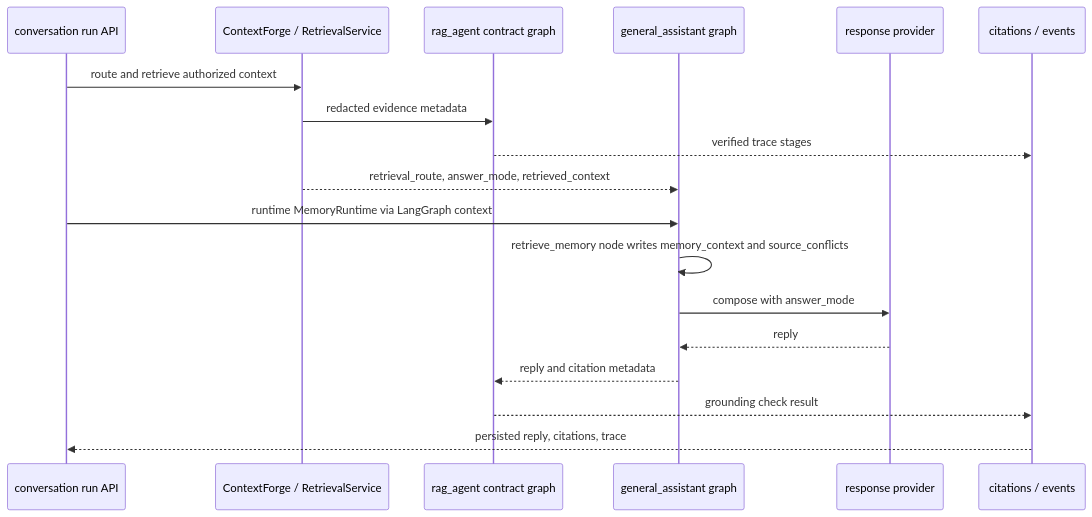
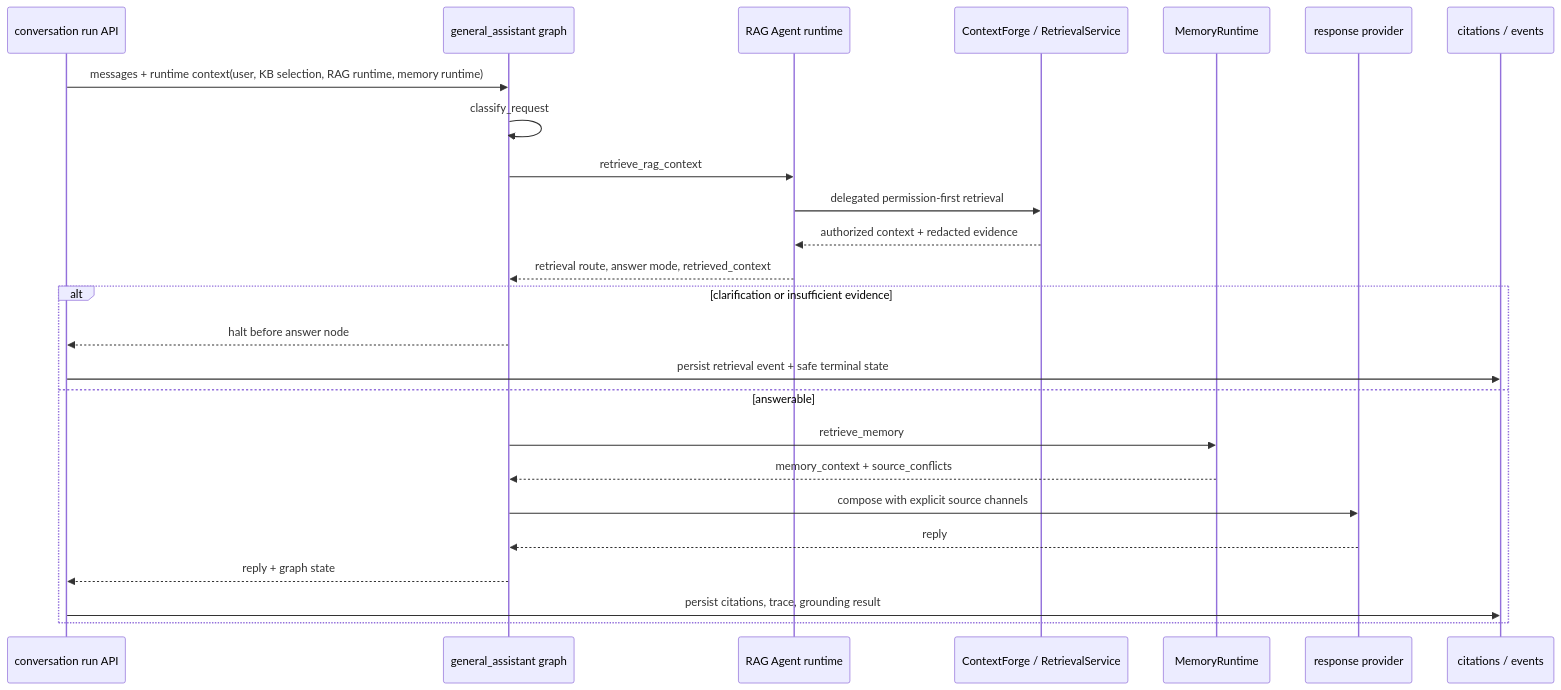
One commit to heecheon92/my-agents changed the second of 2 diagrams in my_agents/agents/general_assistant/README.en.md. Above: the diagram before and after it, drawn with Mermaid. The commit also changed other lines of this file and 45 other files, not shown here.

````diff
--- a/my_agents/agents/general_assistant/README.en.md
+++ b/my_agents/agents/general_assistant/README.en.md
@@ -62,21 +68,28 @@
 ```mermaid
 sequenceDiagram
     participant RunAPI as conversation run API
+    participant Graph as general_assistant graph
+    participant RAG as RAG Agent runtime
     participant Retrieval as ContextForge / RetrievalService
-    participant RAG as rag_agent contract graph
-    participant Graph as general_assistant graph
+    participant Memory as MemoryRuntime
     participant Provider as response provider
     participant Events as citations / events
 
-    RunAPI->>Retrieval: route and retrieve authorized context
-    Retrieval->>RAG: redacted evidence metadata
-    RAG-->>Events: verified trace stages
-    Retrieval-->>Graph: retrieval_route, answer_mode, retrieved_context
-    RunAPI->>Graph: runtime MemoryRuntime via LangGraph context
-    Graph->>Graph: retrieve_memory node writes memory_context and source_conflicts
-    Graph->>Provider: compose with answer_mode
-    Provider-->>Graph: reply
-    Graph-->>RAG: reply and citation metadata
-    RAG-->>Events: grounding check result
-    Events-->>RunAPI: persisted reply, citations, trace
+    RunAPI->>Graph: messages + runtime context(user, KB selection, RAG runtime, memory runtime)
+    Graph->>Graph: classify_request
+    Graph->>RAG: retrieve_rag_context
+    RAG->>Retrieval: delegated permission-first retrieval
+    Retrieval-->>RAG: authorized context + redacted evidence
+    RAG-->>Graph: retrieval route, answer mode, retrieved_context
+    alt clarification or insufficient evidence
+        Graph-->>RunAPI: halt before answer node
+        RunAPI->>Events: persist retrieval event + safe terminal state
+    else answerable
+        Graph->>Memory: retrieve_memory
+        Memory-->>Graph: memory_context + source_conflicts
+        Graph->>Provider: compose with explicit source channels
+        Provider-->>Graph: reply
+        Graph-->>RunAPI: reply + graph state
+        RunAPI->>Events: persist citations, trace, grounding result
+    end
 ```
````
